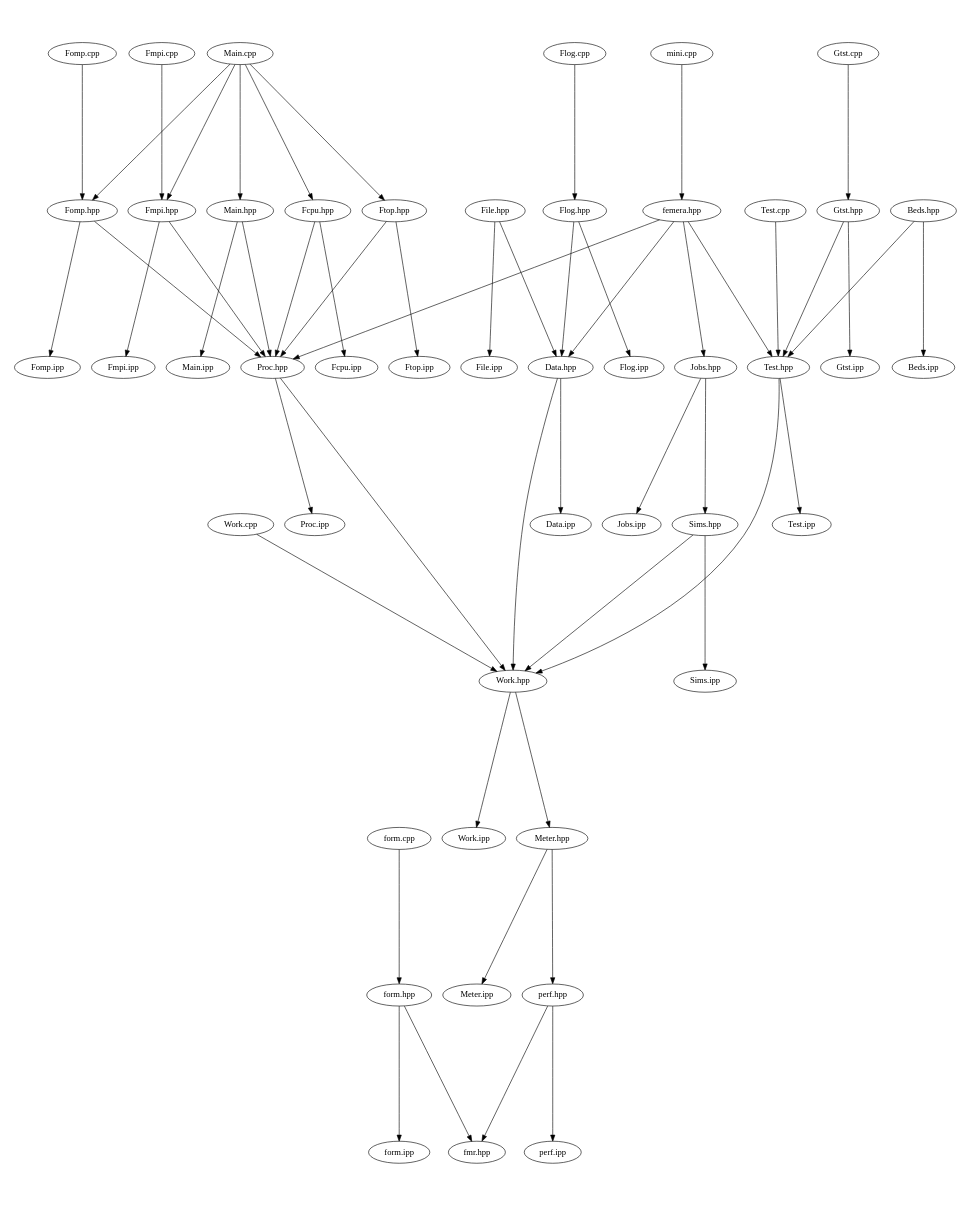
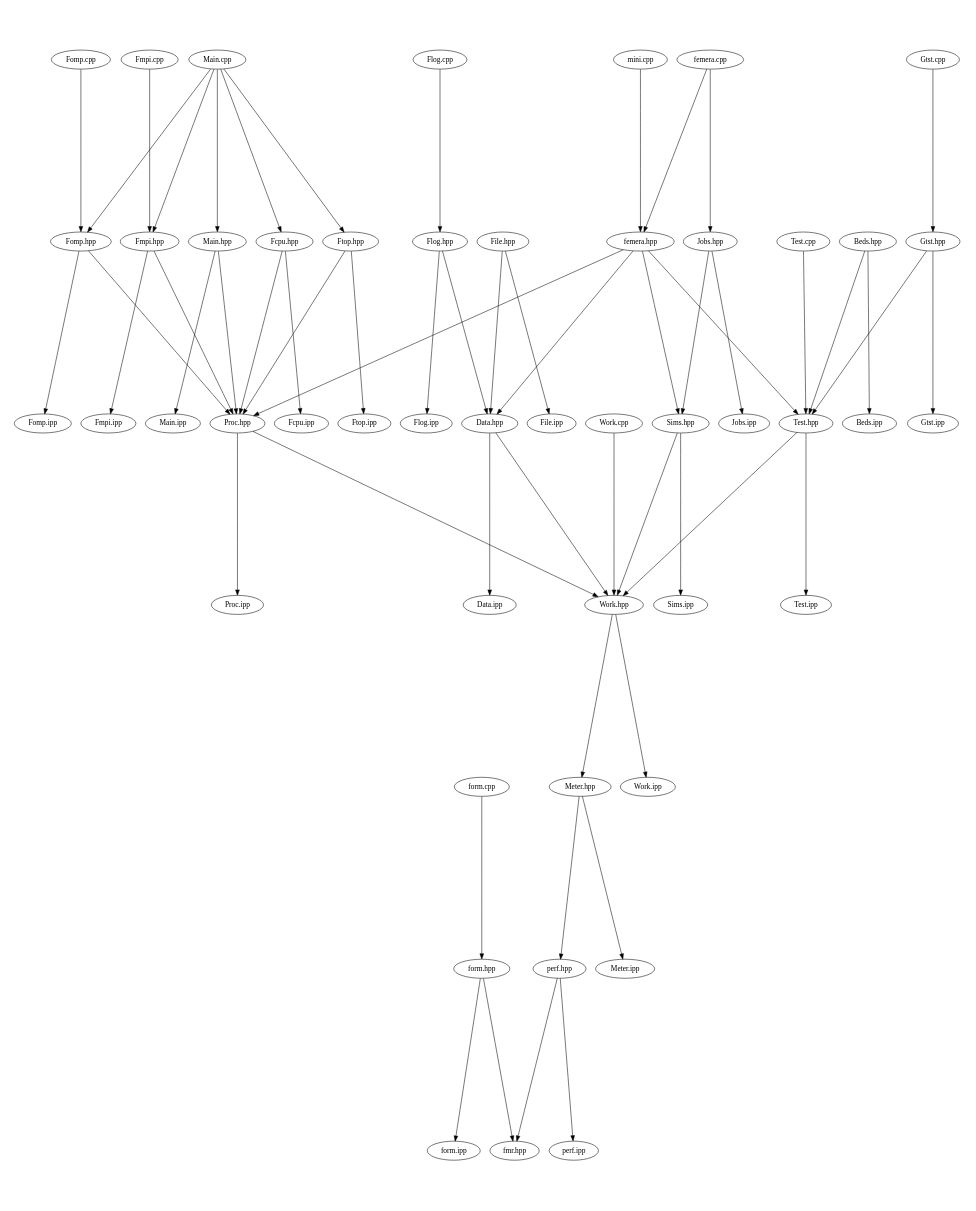
The diagram in src/docs/src-notest.dot (waggyz/femera-mini-app), drawn with Graphviz before and after one commit. The commit also changed 6 other files, not shown here.

```diff
--- a/src/docs/src-notest.dot
+++ b/src/docs/src-notest.dot
@@ -1,61 +1,63 @@
 digraph "source tree" {
     overlap=scale;
     size="8,10";
     ratio="fill";
     fontsize="16";
     fontname="Helvetica";
 	clusterrank="local";
-	"femera.hpp" -> "Jobs.hpp"
 	"Meter.hpp" -> "perf.hpp"
 	"Main.cpp" -> "Fomp.hpp"
 	"Sims.hpp" -> "Work.hpp"
+	"femera.cpp" -> "femera.hpp"
 	"Fmpi.hpp" -> "Fmpi.ipp"
 	"Sims.hpp" -> "Sims.ipp"
 	"Jobs.hpp" -> "Jobs.ipp"
 	"Fomp.cpp" -> "Fomp.hpp"
 	"femera.hpp" -> "Proc.hpp"
 	"Main.cpp" -> "Main.hpp"
 	"Proc.hpp" -> "Proc.ipp"
 	"Main.cpp" -> "Fmpi.hpp"
 	"Main.cpp" -> "Fcpu.hpp"
+	"femera.hpp" -> "Sims.hpp"
 	"Ftop.hpp" -> "Ftop.ipp"
 	"perf.hpp" -> "fmr.hpp"
 	"Data.hpp" -> "Data.ipp"
 	"Work.hpp" -> "Work.ipp"
 	"Main.cpp" -> "Ftop.hpp"
 	"Fmpi.hpp" -> "Proc.hpp"
 	"Test.hpp" -> "Work.hpp"
 	"form.hpp" -> "form.ipp"
 	"Gtst.cpp" -> "Gtst.hpp"
 	"Fcpu.hpp" -> "Proc.hpp"
 	"Fomp.hpp" -> "Proc.hpp"
 	"Flog.hpp" -> "Data.hpp"
 	"File.hpp" -> "File.ipp"
 	"Meter.hpp" -> "Meter.ipp"
 	"Fomp.hpp" -> "Fomp.ipp"
 	"Gtst.hpp" -> "Gtst.ipp"
+	"femera.cpp" -> "Jobs.hpp"
 	"form.cpp" -> "form.hpp"
 	"perf.hpp" -> "perf.ipp"
 	"Fmpi.cpp" -> "Fmpi.hpp"
 	"Fcpu.hpp" -> "Fcpu.ipp"
 	"Work.cpp" -> "Work.hpp"
 	"Main.hpp" -> "Main.ipp"
 	"Test.cpp" -> "Test.hpp"
 	"Jobs.hpp" -> "Sims.hpp"
 	"femera.hpp" -> "Test.hpp"
 	"Ftop.hpp" -> "Proc.hpp"
 	"File.hpp" -> "Data.hpp"
 	"mini.cpp" -> "femera.hpp"
 	"Beds.hpp" -> "Test.hpp"
 	"Proc.hpp" -> "Work.hpp"
 	"form.hpp" -> "fmr.hpp"
 	"Gtst.hpp" -> "Test.hpp"
 	"Flog.cpp" -> "Flog.hpp"
 	"Data.hpp" -> "Work.hpp"
 	"femera.hpp" -> "Data.hpp"
 	"Beds.hpp" -> "Beds.ipp"
 	"Work.hpp" -> "Meter.hpp"
 	"Main.hpp" -> "Proc.hpp"
+	"Flog.hpp" -> "Flog.ipp"
 	"Test.hpp" -> "Test.ipp"
-	"Flog.hpp" -> "Flog.ipp"
 }
```
